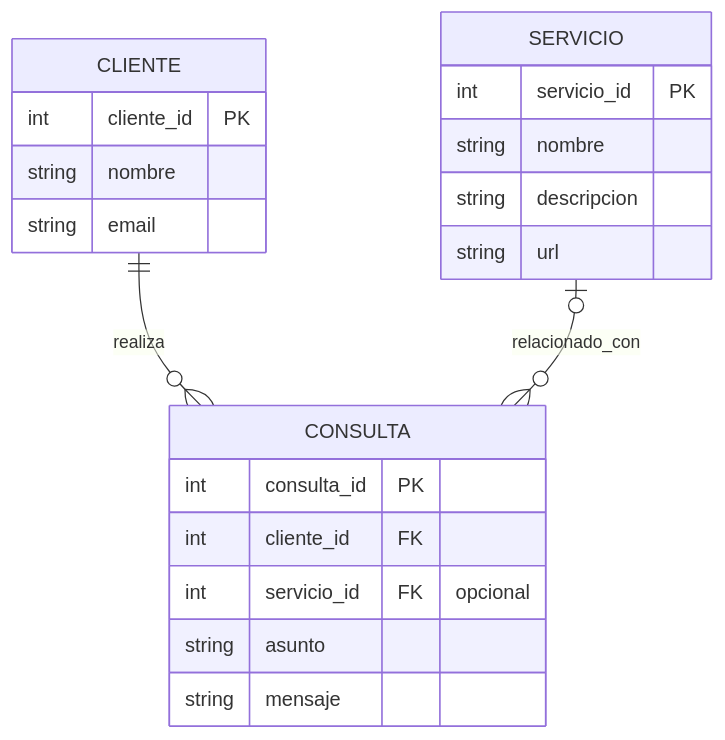
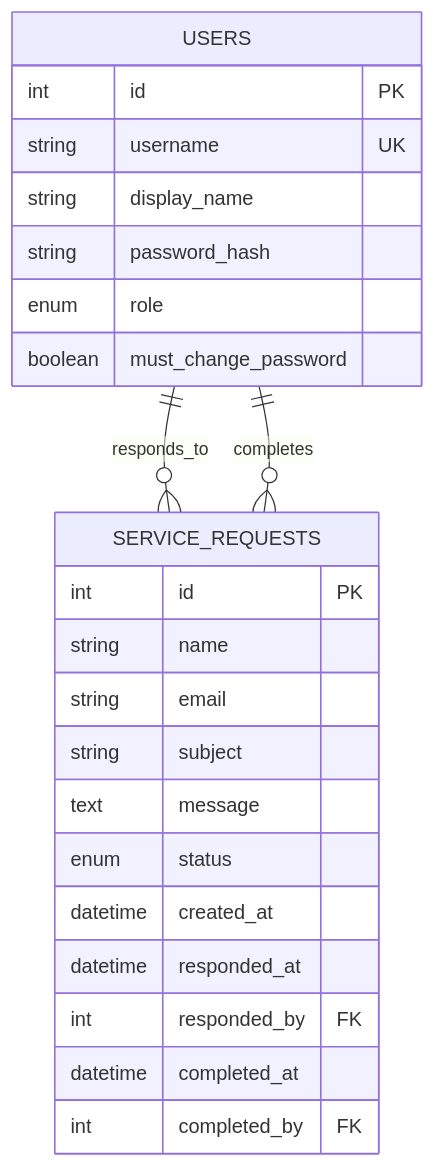
Before and after one commit to gonzalogalvan190583-eng/GCtechnical_Solutions: the third of 3 diagrams in diagramas.md, drawn with Mermaid. The commit also changed other lines of this file and 27 other files, not shown here.

````diff
--- a/diagramas.md
+++ b/diagramas.md
@@ -62,26 +66,28 @@
 ```mermaid
 erDiagram
-    CLIENTE ||--o{ CONSULTA : realiza
-    SERVICIO o|--o{ CONSULTA : relacionado_con
+    USERS ||--o{ SERVICE_REQUESTS : responds_to
+    USERS ||--o{ SERVICE_REQUESTS : completes
 
-    CLIENTE {
-        int cliente_id PK
-        string nombre
-        string email
+    USERS {
+        int id PK
+        string username UK
+        string display_name
+        string password_hash
+        enum role
+        boolean must_change_password
     }
 
-    SERVICIO {
-        int servicio_id PK
-        string nombre
-        string descripcion
-        string url
-    }
-
-    CONSULTA {
-        int consulta_id PK
-        int cliente_id FK
-        int servicio_id FK "opcional"
-        string asunto
-        string mensaje
+    SERVICE_REQUESTS {
+        int id PK
+        string name
+        string email
+        string subject
+        text message
+        enum status
+        datetime created_at
+        datetime responded_at
+        int responded_by FK
+        datetime completed_at
+        int completed_by FK
     }
 ```
````
